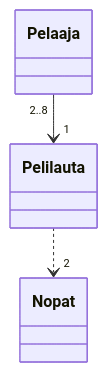
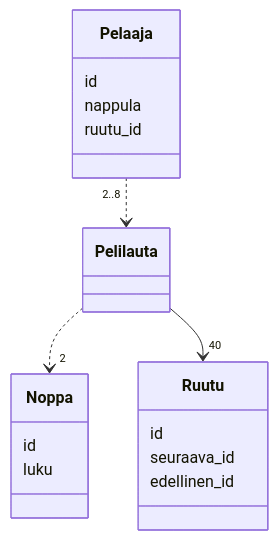
One commit to ismomehdi/ot-harjoitustyo changed the diagram in laskarit/viikko3/monopoli.md. Above: the diagram before and after it, drawn with Mermaid.

`````diff
--- a/laskarit/viikko3/monopoli.md
+++ b/laskarit/viikko3/monopoli.md
@@ -3,6 +3,24 @@
 ```mermaid
   classDiagram
-    Pelaaja "2..8" --> "1" Pelilauta
-    Pelilauta ..> "2" Nopat
-    class Pelaaja
+    Pelaaja "2..8" ..> Pelilauta
+    Pelilauta ..> "2" Noppa
+    Pelilauta --> "40" Ruutu
+    
+    class Pelaaja{
+      id
+      nappula
+      ruutu_id
+    }
+    
+    class Ruutu{
+      id
+      seuraava_id
+      edellinen_id
+    }
+    
+    class Noppa{
+      id
+      luku
+    }
+    
 ````
`````
